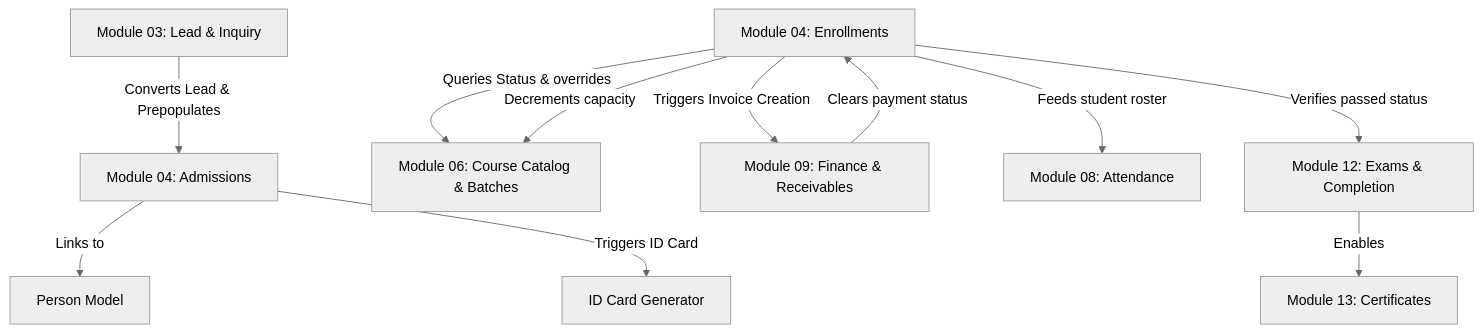
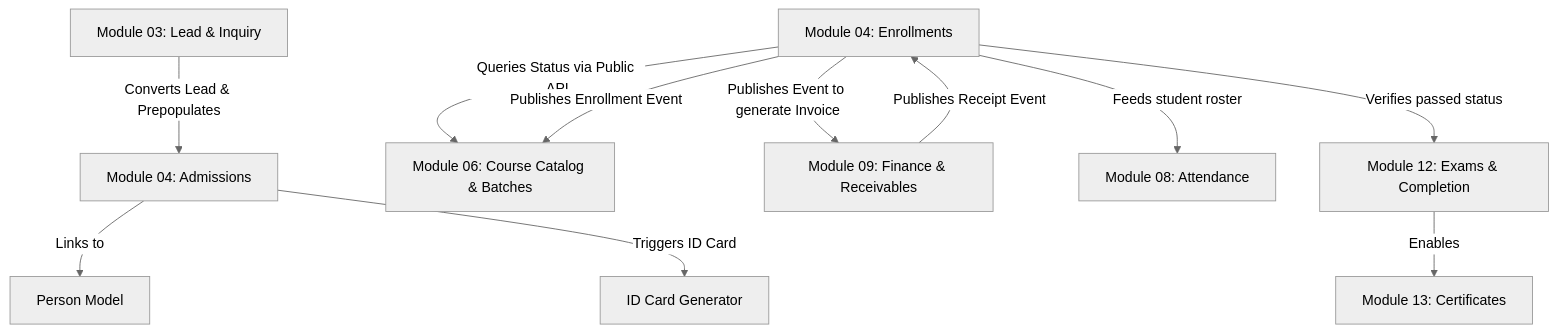
One commit to needuvazh/ims-v2 changed the second of 2 diagrams in docs/architecture/frd/Module 04: Admission & Enrollment Management/Part 1 – Business Overview, Functional Requirements, Business Rules.md. Above: the diagram before and after it, drawn with Mermaid (neutral theme). The commit also changed other lines of this file and 128 other files, not shown here.

````diff
--- a/docs/architecture/frd/Module 04: Admission & Enrollment Management/Part 1 – Business Overview, Functional Requirements, Business Rules.md
+++ b/docs/architecture/frd/Module 04: Admission & Enrollment Management/Part 1 – Business Overview, Functional Requirements, Business Rules.md
@@ -268,15 +263,15 @@
 ```mermaid
 flowchart TD
     CRM[Module 03: Lead & Inquiry] -->|Converts Lead & Prepopulates| ADM[Module 04: Admissions]
     ADM -->|Links to| master[Person Model]
     ADM -->|Triggers ID Card| IDG[ID Card Generator]
     
-    ENR[Module 04: Enrollments] -->|Queries Status & overrides| CC[Module 06: Course Catalog & Batches]
-    ENR -->|Decrements capacity| CC
-    ENR -->|Triggers Invoice Creation| FIN[Module 09: Finance & Receivables]
-    FIN -->|Clears payment status| ENR
+    ENR[Module 04: Enrollments] -->|Queries Status via Public API| CC[Module 06: Course Catalog & Batches]
+    ENR -->|Publishes Enrollment Event| CC
+    ENR -->|Publishes Event to generate Invoice| FIN[Module 09: Finance & Receivables]
+    FIN -->|Publishes Receipt Event| ENR
     
     ENR -->|Feeds student roster| ATT[Module 08: Attendance]
     ENR -->|Verifies passed status| EXM[Module 12: Exams & Completion]
     EXM -->|Enables| CERT[Module 13: Certificates]
 ```
````
